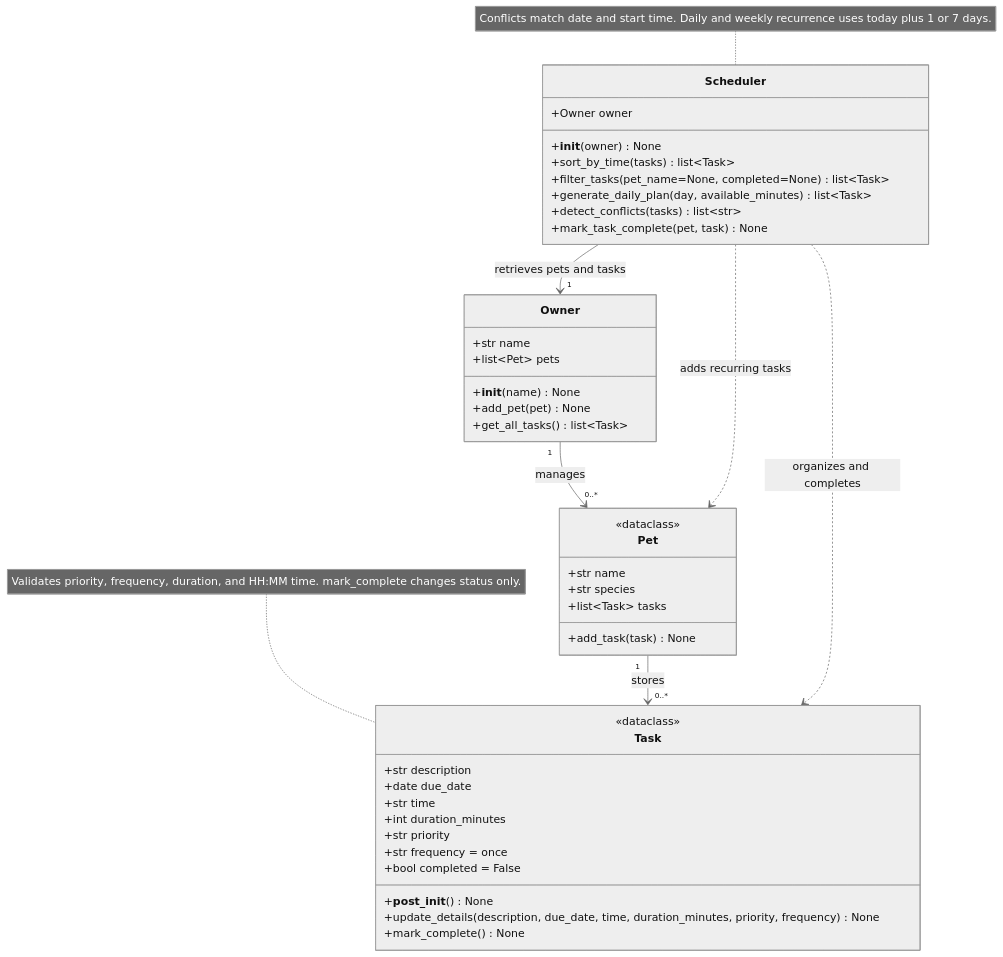
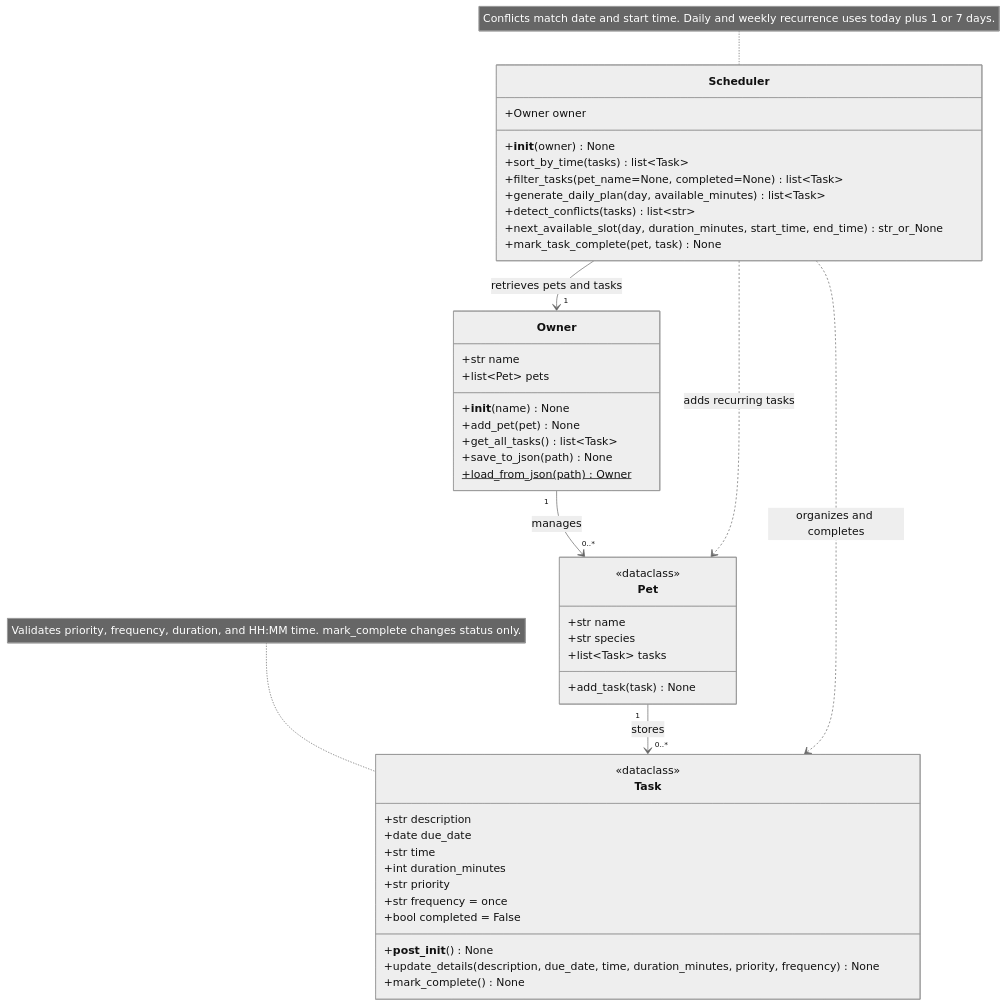
Before and after one commit to rtabassum26/ai110-module2show-pawpal-starter: the diagram in diagrams/uml_final.mmd, drawn with Mermaid (neutral theme). The commit also changed 5 other files, not shown here.

Commit message:
feat: add next available slot scheduling and JSON persistence

```diff
--- a/diagrams/uml_final.mmd
+++ b/diagrams/uml_final.mmd
@@ -1,51 +1,54 @@
 classDiagram
     direction TB
 
     class Owner {
         +str name
         +list~Pet~ pets
         +__init__(name) None
         +add_pet(pet) None
         +get_all_tasks() list~Task~
+        +save_to_json(path) None
+        +load_from_json(path) Owner$
     }
 
     class Pet {
         <<dataclass>>
         +str name
         +str species
         +list~Task~ tasks
         +add_task(task) None
     }
 
     class Task {
         <<dataclass>>
         +str description
         +date due_date
         +str time
         +int duration_minutes
         +str priority
         +str frequency = once
         +bool completed = False
         +__post_init__() None
         +update_details(description, due_date, time, duration_minutes, priority, frequency) None
         +mark_complete() None
     }
 
     class Scheduler {
         +Owner owner
         +__init__(owner) None
         +sort_by_time(tasks) list~Task~
         +filter_tasks(pet_name=None, completed=None) list~Task~
         +generate_daily_plan(day, available_minutes) list~Task~
         +detect_conflicts(tasks) list~str~
+        +next_available_slot(day, duration_minutes, start_time, end_time) str_or_None
         +mark_task_complete(pet, task) None
     }
 
     Owner "1" --> "0..*" Pet : manages
     Pet "1" --> "0..*" Task : stores
     Scheduler --> "1" Owner : retrieves pets and tasks
     Scheduler ..> Pet : adds recurring tasks
     Scheduler ..> Task : organizes and completes
 
     note for Task "Validates priority, frequency, duration, and HH:MM time. mark_complete changes status only."
     note for Scheduler "Conflicts match date and start time. Daily and weekly recurrence uses today plus 1 or 7 days."
```
